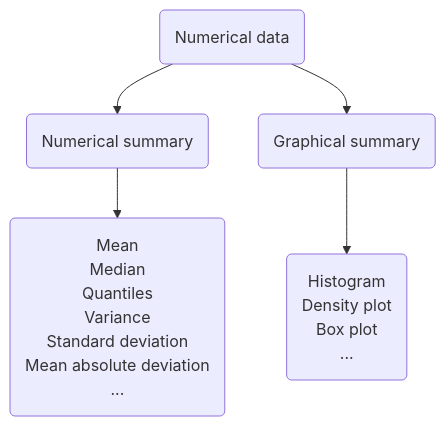
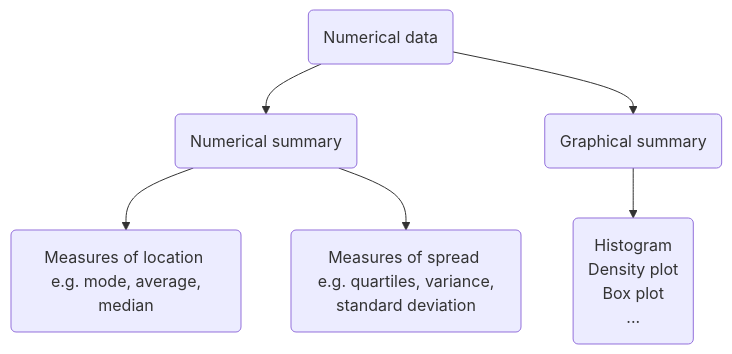
One commit to NBISweden/workshop-mlbiostatistics changed the diagram in session-descriptive/data-numerical.qmd. Above: the diagram before and after it, drawn with Mermaid. The commit also changed other lines of this file and 366 other files, not shown here.

````diff
--- a/session-descriptive/data-numerical.qmd
+++ b/session-descriptive/data-numerical.qmd
@@ -19,7 +46,13 @@
 ```{mermaid} 
+%%| label: fig-num-expanded
+%%| fig-align: center
+%%| fig-cap: "Example of numerical summaries and graphical visualization applicable to numerical data"
+%%| fig-cap-location: margin
+
 flowchart TD
   A(Numerical data) --> B(Numerical summary)
   A(Numerical data) --> C(Graphical summary)
-  B(Numerical summary) --> D(Mean <br/> Median <br/> Quantiles <br/> Variance <br/> Standard deviation <br/> Mean absolute deviation <br/> ...)
-  C(Graphical summary) --> E(Histogram <br/> Density plot <br/> Box plot <br/> ...)
+  B(Numerical summary) --> D(Measures of location <br/> e.g. mode, average, median)
+  B --> E(Measures of spread <br/> e.g. quartiles, variance, standard deviation)
+  C(Graphical summary) --> F(Histogram <br/> Density plot <br/> Box plot <br/> ...)
 ```
````
